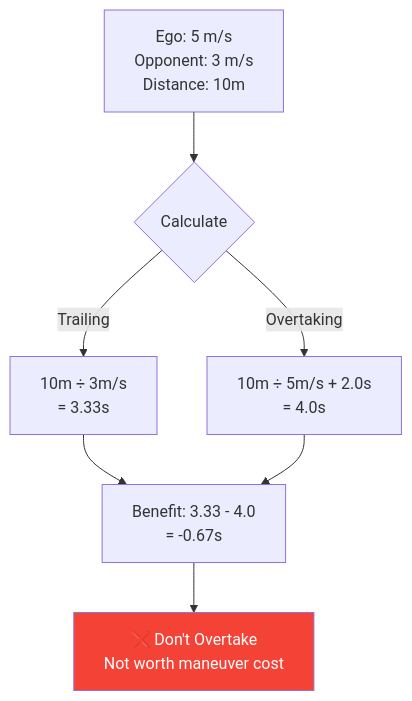
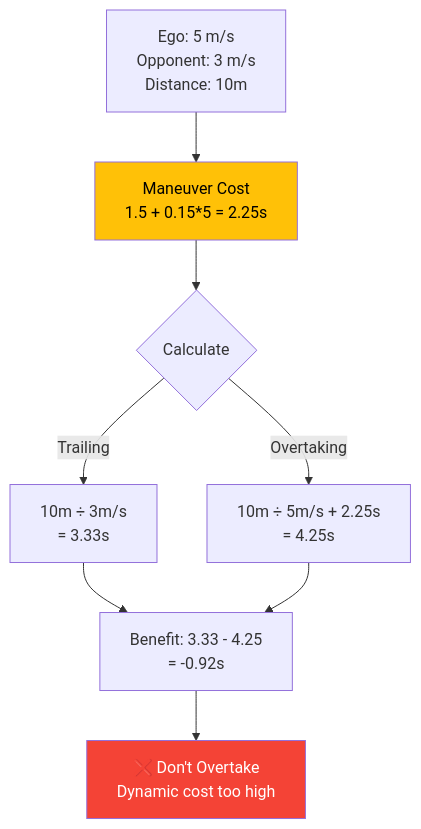
The third of 3 diagrams in docs/251125-package2-implementation.md (kihunsong22/ForzaETH_race_stack), drawn with Mermaid before and after one commit. The commit also changed other lines of this file and 5 other files, not shown here.

First line of the commit message:
Package 2: Replace maneuver cost with path-based time comparison

````diff
--- a/docs/251125-package2-implementation.md
+++ b/docs/251125-package2-implementation.md
@@ -150,10 +156,12 @@
 ```mermaid
 graph TD
-    A[Ego: 5 m/s<br/>Opponent: 3 m/s<br/>Distance: 10m] --> B{Calculate}
+    A[Ego: 5 m/s<br/>Opponent: 3 m/s<br/>Distance: 10m] --> M[Maneuver Cost<br/>1.5 + 0.15*5 = 2.25s]
+    M --> B{Calculate}
     B -->|Trailing| C[10m ÷ 3m/s<br/>= 3.33s]
-    B -->|Overtaking| D[10m ÷ 5m/s + 2.0s<br/>= 4.0s]
-    C & D --> E[Benefit: 3.33 - 4.0<br/>= -0.67s]
-    E --> F[❌ Don't Overtake<br/>Not worth maneuver cost]
+    B -->|Overtaking| D[10m ÷ 5m/s + 2.25s<br/>= 4.25s]
+    C & D --> E[Benefit: 3.33 - 4.25<br/>= -0.92s]
+    E --> F[❌ Don't Overtake<br/>Dynamic cost too high]
 
     style F fill:#f44336,color:#fff
+    style M fill:#FFC107,color:#000
 ```
````
